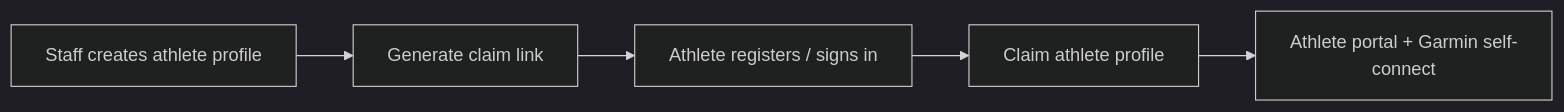
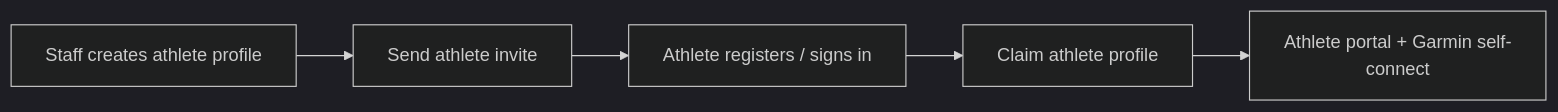
One commit to eademi/pulsi changed diagram 13 of 13 in docs/SYSTEM_DIAGRAMS.md. Above: the diagram before and after it, drawn with Mermaid (dark theme). The commit also changed other lines of this file and 21 other files, not shown here.

First line of the commit message:
refactor: rename claim links to athlete invites and update related terminology

````diff
--- a/docs/SYSTEM_DIAGRAMS.md
+++ b/docs/SYSTEM_DIAGRAMS.md
@@ -250,7 +250,7 @@
 ```mermaid
 flowchart LR
-  AthleteCreated["Staff creates athlete profile"] --> Invite["Generate claim link"]
+  AthleteCreated["Staff creates athlete profile"] --> Invite["Send athlete invite"]
   Invite --> AthleteLogin["Athlete registers / signs in"]
   AthleteLogin --> Claim["Claim athlete profile"]
   Claim --> AthletePortal["Athlete portal + Garmin self-connect"]
 ```
````
